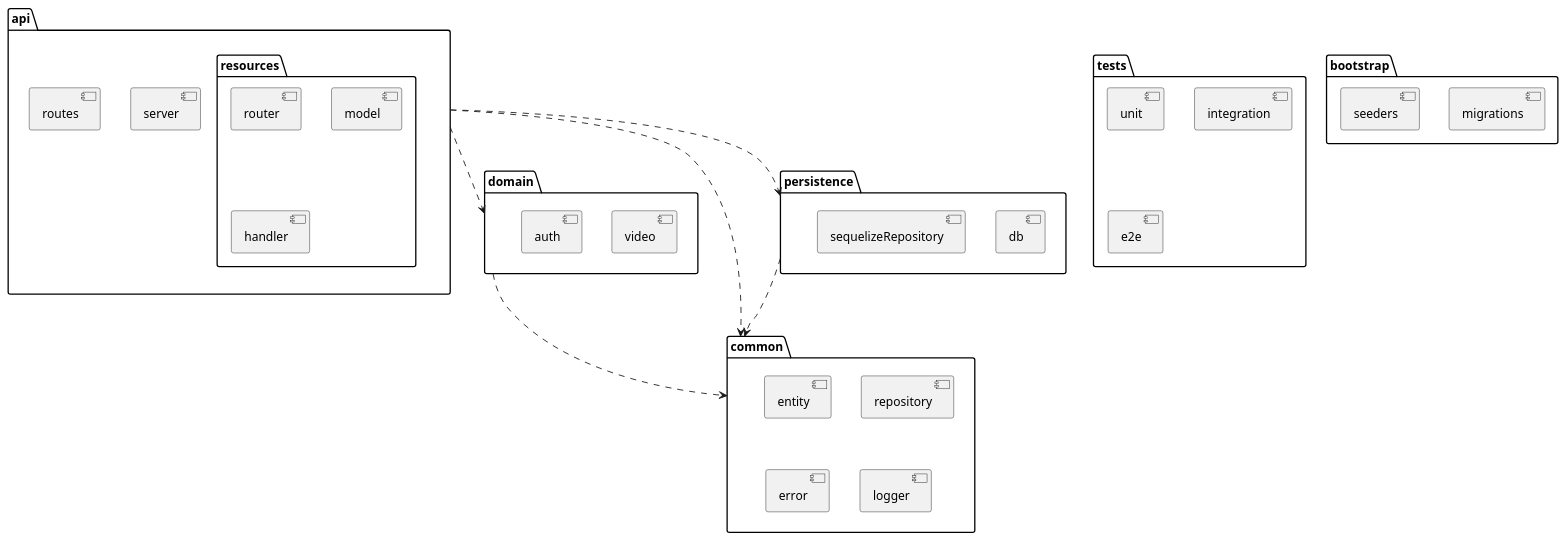
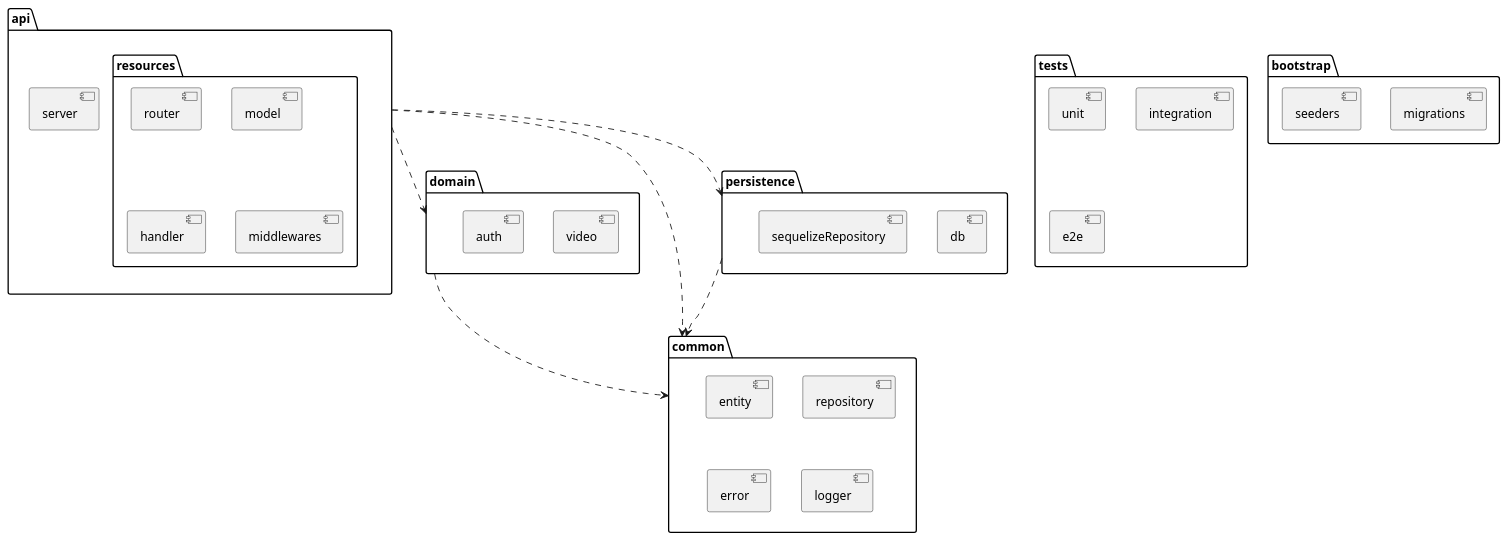
Before and after one commit to Xaes/nicasource-demo: the diagram in design/overview.puml, drawn with PlantUML. The commit also changed 11 other files, not shown here.

```diff
--- a/design/overview.puml
+++ b/design/overview.puml
@@ -1,46 +1,45 @@
 @startuml VideoCreatorBackend
 package domain {
     [video]
     [auth]
 }
 
 package common {
     [entity]
     [repository]
     [error]
     [logger]
 }
 
 package api {
     [server]
-    [routes]
-    [auth]
     package resources {
         [router]
         [model]
         [handler]
+        [middlewares]
     }
 }
 
 package persistence {
     [db]
     [sequelizeRepository]
 }
 
 package tests {
     [unit]
     [integration]
     [e2e]
 }
 
 package bootstrap {
     [migrations]
     [seeders]
 }
 
 domain ...> common
 api ...> common
 persistence ...> common
 api ..> domain
 api ..> persistence
 @enduml
```
